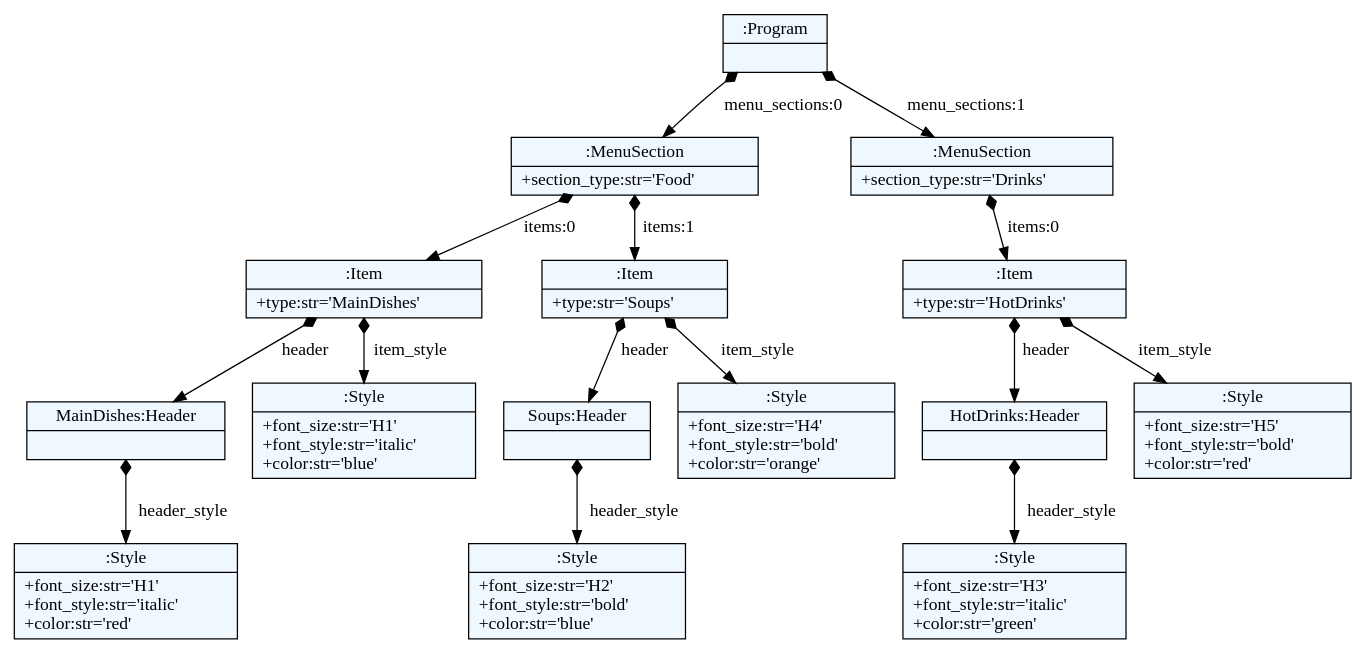
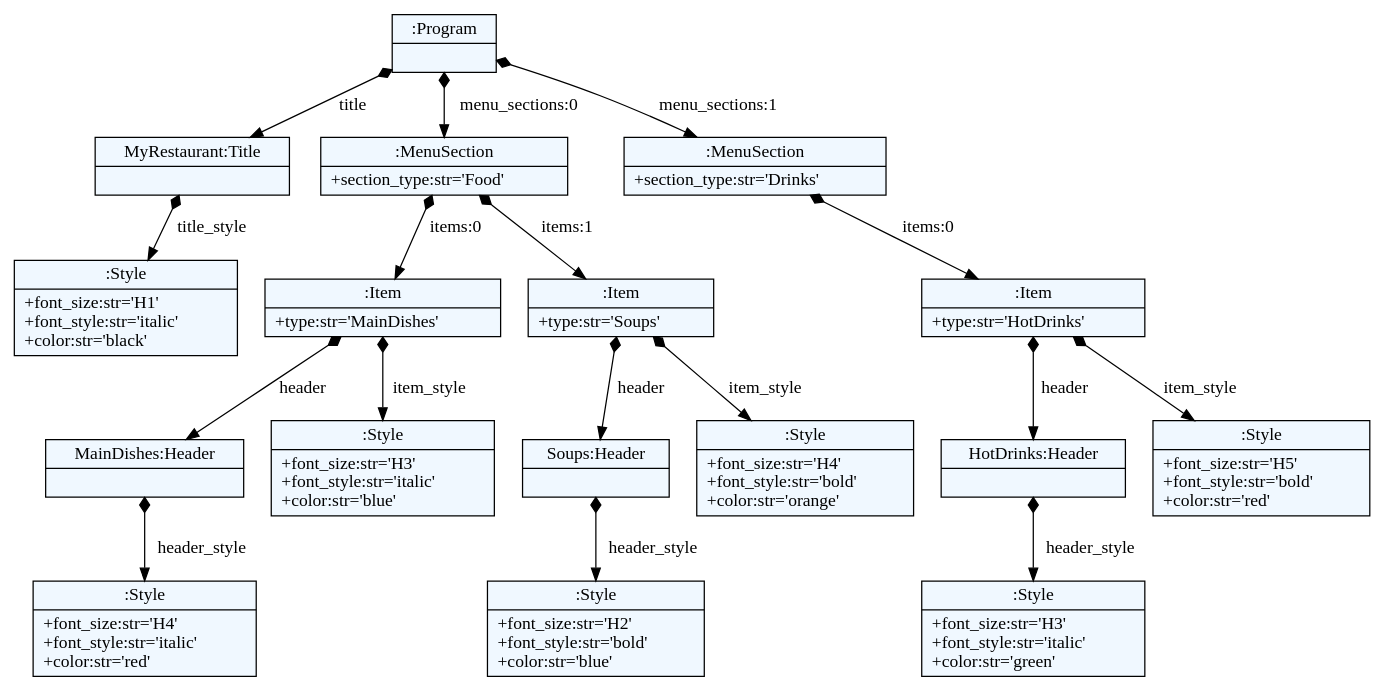
One commit to marijamilanovic/DSL changed the diagram in menuDSL/example.dot. Above: the diagram before and after it, drawn with Graphviz. The commit also changed 6 other files, not shown here.

```diff
--- a/menuDSL/example.dot
+++ b/menuDSL/example.dot
@@ -1,44 +1,48 @@
 
     digraph textX {
     fontname = "Bitstream Vera Sans"
     fontsize = 8
     node[
         shape=record,
         style=filled,
         fillcolor=aliceblue
     ]
     nodesep = 0.3
     edge[dir=black,arrowtail=empty]
 
 
-1427142869392 -> 1427142870208 [label="menu_sections:0" arrowtail=diamond dir=both]
-1427142870208 -> 1427142877264 [label="items:0" arrowtail=diamond dir=both]
-1427142877264 -> 1427142877408 [label="header" arrowtail=diamond dir=both]
-1427142877408 -> 1427142877552 [label="header_style" arrowtail=diamond dir=both]
-1427142877552[label="{:Style|+font_size:str='H1'\l+font_style:str='italic'\l+color:str='red'\l}"]
-1427142877408[label="{MainDishes:Header|}"]
-1427142877264 -> 1427142877504 [label="item_style" arrowtail=diamond dir=both]
-1427142877504[label="{:Style|+font_size:str='H1'\l+font_style:str='italic'\l+color:str='blue'\l}"]
-1427142877264[label="{:Item|+type:str='MainDishes'\l}"]
-1427142870208 -> 1427142877312 [label="items:1" arrowtail=diamond dir=both]
-1427142877312 -> 1427142877600 [label="header" arrowtail=diamond dir=both]
-1427142877600 -> 1427142877744 [label="header_style" arrowtail=diamond dir=both]
-1427142877744[label="{:Style|+font_size:str='H2'\l+font_style:str='bold'\l+color:str='blue'\l}"]
-1427142877600[label="{Soups:Header|}"]
-1427142877312 -> 1427142877696 [label="item_style" arrowtail=diamond dir=both]
-1427142877696[label="{:Style|+font_size:str='H4'\l+font_style:str='bold'\l+color:str='orange'\l}"]
-1427142877312[label="{:Item|+type:str='Soups'\l}"]
-1427142870208[label="{:MenuSection|+section_type:str='Food'\l}"]
-1427142869392 -> 1427142877168 [label="menu_sections:1" arrowtail=diamond dir=both]
-1427142877168 -> 1427142877840 [label="items:0" arrowtail=diamond dir=both]
-1427142877840 -> 1427142877936 [label="header" arrowtail=diamond dir=both]
-1427142877936 -> 1427142878080 [label="header_style" arrowtail=diamond dir=both]
-1427142878080[label="{:Style|+font_size:str='H3'\l+font_style:str='italic'\l+color:str='green'\l}"]
-1427142877936[label="{HotDrinks:Header|}"]
-1427142877840 -> 1427142878032 [label="item_style" arrowtail=diamond dir=both]
-1427142878032[label="{:Style|+font_size:str='H5'\l+font_style:str='bold'\l+color:str='red'\l}"]
-1427142877840[label="{:Item|+type:str='HotDrinks'\l}"]
-1427142877168[label="{:MenuSection|+section_type:str='Drinks'\l}"]
-1427142869392[label="{:Program|}"]
+2221631514480 -> 2221631514624 [label="title" arrowtail=diamond dir=both]
+2221631514624 -> 2221631514768 [label="title_style" arrowtail=diamond dir=both]
+2221631514768[label="{:Style|+font_size:str='H1'\l+font_style:str='italic'\l+color:str='black'\l}"]
+2221631514624[label="{MyRestaurant:Title|}"]
+2221631514480 -> 2221631514816 [label="menu_sections:0" arrowtail=diamond dir=both]
+2221631514816 -> 2221631515008 [label="items:0" arrowtail=diamond dir=both]
+2221631515008 -> 2221631515152 [label="header" arrowtail=diamond dir=both]
+2221631515152 -> 2221631515296 [label="header_style" arrowtail=diamond dir=both]
+2221631515296[label="{:Style|+font_size:str='H4'\l+font_style:str='italic'\l+color:str='red'\l}"]
+2221631515152[label="{MainDishes:Header|}"]
+2221631515008 -> 2221631515248 [label="item_style" arrowtail=diamond dir=both]
+2221631515248[label="{:Style|+font_size:str='H3'\l+font_style:str='italic'\l+color:str='blue'\l}"]
+2221631515008[label="{:Item|+type:str='MainDishes'\l}"]
+2221631514816 -> 2221631515056 [label="items:1" arrowtail=diamond dir=both]
+2221631515056 -> 2221631515344 [label="header" arrowtail=diamond dir=both]
+2221631515344 -> 2221631515488 [label="header_style" arrowtail=diamond dir=both]
+2221631515488[label="{:Style|+font_size:str='H2'\l+font_style:str='bold'\l+color:str='blue'\l}"]
+2221631515344[label="{Soups:Header|}"]
+2221631515056 -> 2221631515440 [label="item_style" arrowtail=diamond dir=both]
+2221631515440[label="{:Style|+font_size:str='H4'\l+font_style:str='bold'\l+color:str='orange'\l}"]
+2221631515056[label="{:Item|+type:str='Soups'\l}"]
+2221631514816[label="{:MenuSection|+section_type:str='Food'\l}"]
+2221631514480 -> 2221631514912 [label="menu_sections:1" arrowtail=diamond dir=both]
+2221631514912 -> 2221631515584 [label="items:0" arrowtail=diamond dir=both]
+2221631515584 -> 2221631515680 [label="header" arrowtail=diamond dir=both]
+2221631515680 -> 2221631515824 [label="header_style" arrowtail=diamond dir=both]
+2221631515824[label="{:Style|+font_size:str='H3'\l+font_style:str='italic'\l+color:str='green'\l}"]
+2221631515680[label="{HotDrinks:Header|}"]
+2221631515584 -> 2221631515776 [label="item_style" arrowtail=diamond dir=both]
+2221631515776[label="{:Style|+font_size:str='H5'\l+font_style:str='bold'\l+color:str='red'\l}"]
+2221631515584[label="{:Item|+type:str='HotDrinks'\l}"]
+2221631514912[label="{:MenuSection|+section_type:str='Drinks'\l}"]
+2221631514480[label="{:Program|}"]
 
 }
```
